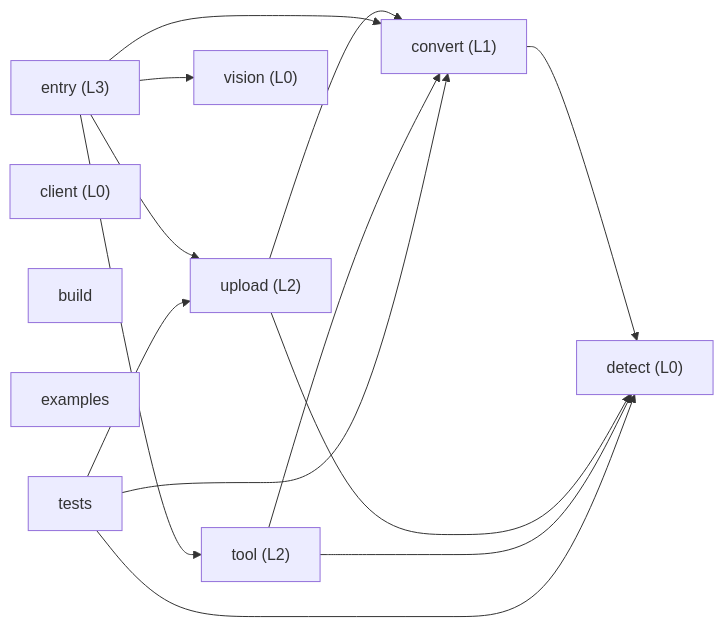
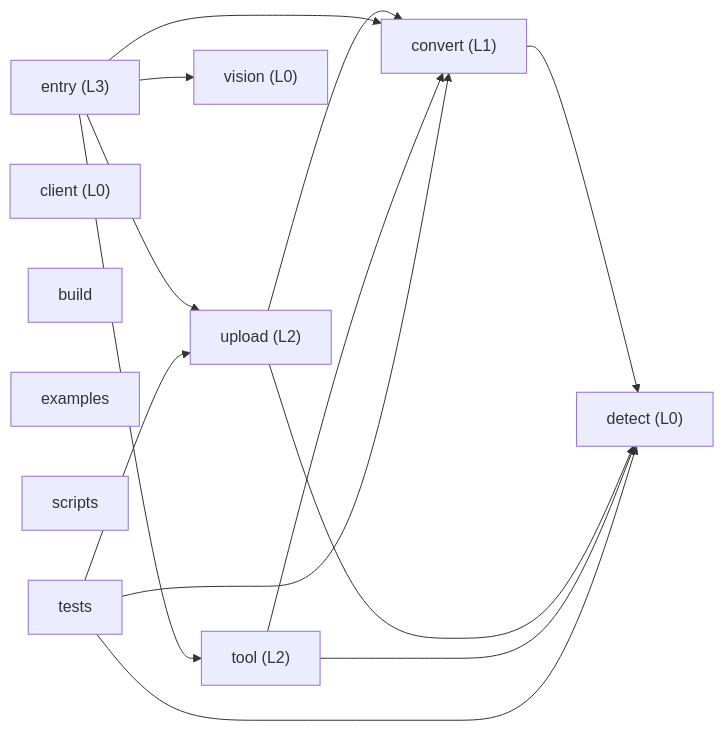
Before and after one commit to HongMing-Huang/dsh-file-upload: the diagram in ARCHITECTURE.md, drawn with Mermaid. The commit also changed other lines of this file and 5 other files, not shown here.

````diff
--- a/ARCHITECTURE.md
+++ b/ARCHITECTURE.md
@@ -74,25 +76,26 @@
 ```mermaid
 graph LR
   convert["convert (L1)"]
   upload["upload (L2)"]
   detect["detect (L0)"]
   vision["vision (L0)"]
   entry["entry (L3)"]
   tool["tool (L2)"]
   client["client (L0)"]
   build["build"]
   examples["examples"]
+  scripts["scripts"]
   tests["tests"]
   convert --> detect
   upload --> convert
   upload --> detect
   entry --> convert
   entry --> tool
   entry --> upload
   entry --> vision
   tool --> convert
   tool --> detect
   tests --> convert
   tests --> detect
   tests --> upload
 ```
````
